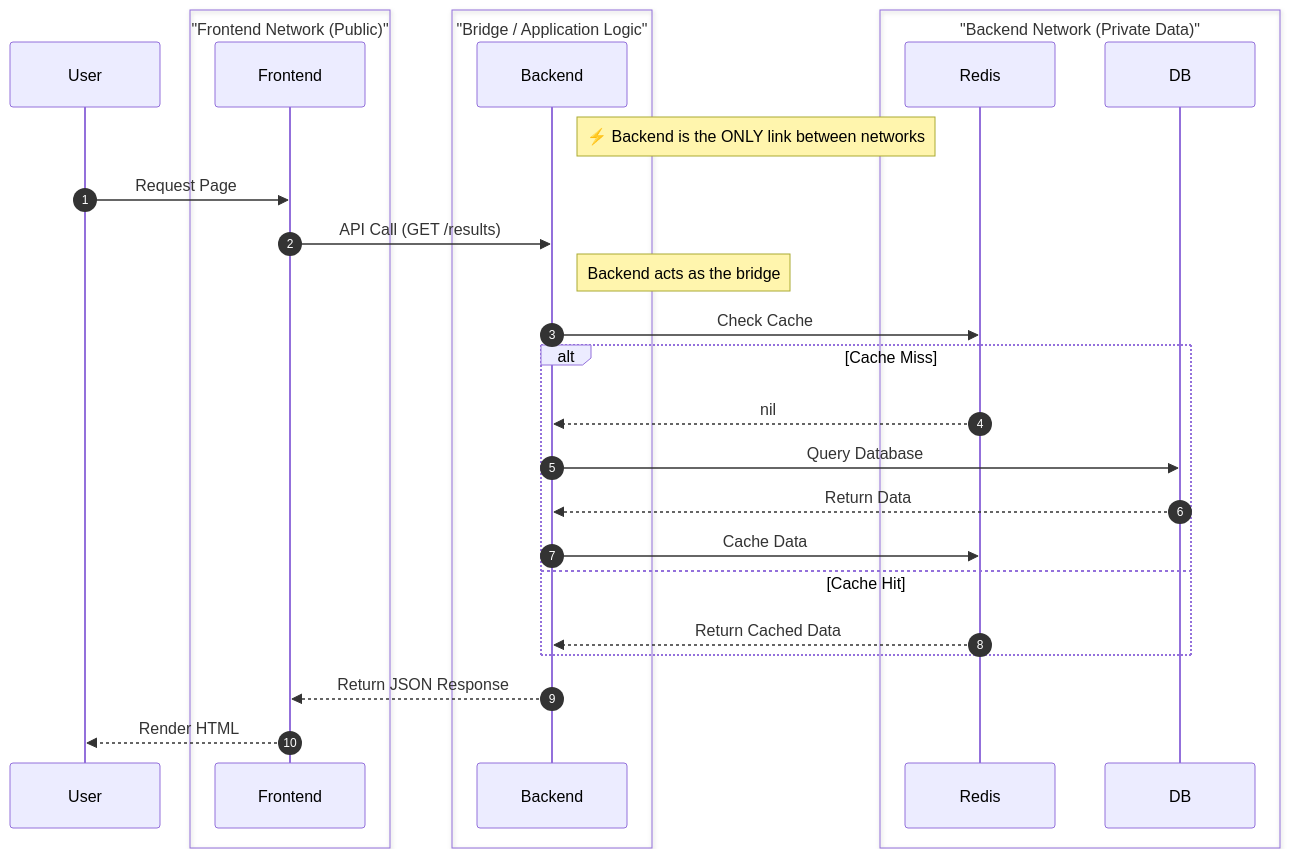
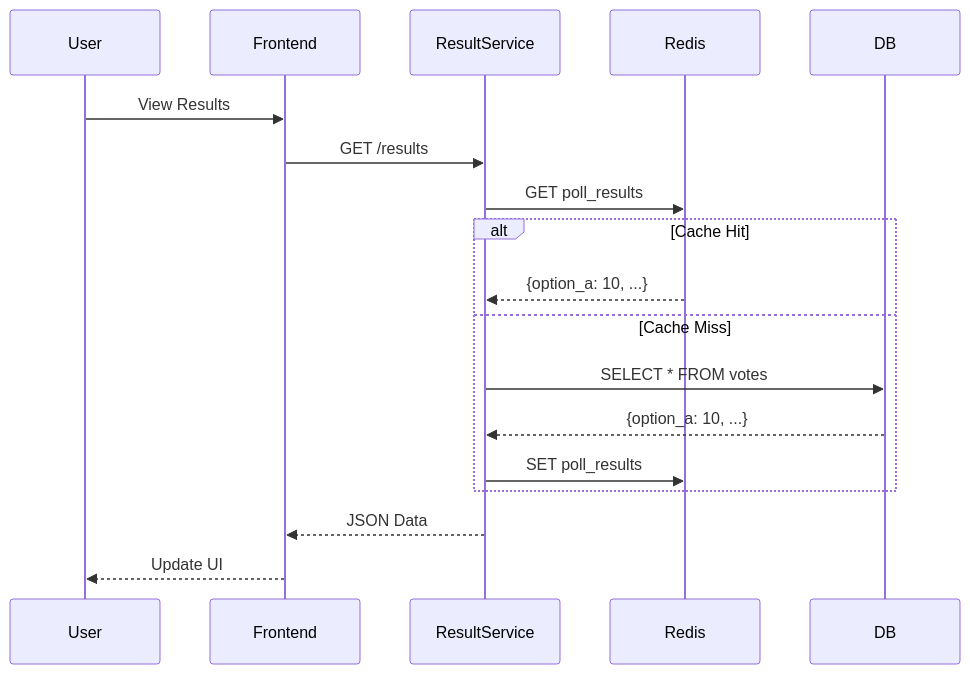
The second of 5 diagrams in docker-polling-app/README.md (NkwaTambe/my-wiki), drawn with Mermaid before and after one commit. The commit also changed other lines of this file and 21 other files, not shown here.

````diff
--- a/docker-polling-app/README.md
+++ b/docker-polling-app/README.md
@@ -336,38 +46,21 @@
 ```mermaid
 sequenceDiagram
-    autonumber
     participant User
-    
-    box "Frontend Network (Public)" #e1f5fe
-        participant Frontend
+    participant Frontend
+    participant ResultService
+    participant Redis
+    participant DB
+
+    User->>Frontend: View Results
+    Frontend->>ResultService: GET /results
+    ResultService->>Redis: GET poll_results
+    alt Cache Hit
+        Redis-->>ResultService: {option_a: 10, ...}
+    else Cache Miss
+        ResultService->>DB: SELECT * FROM votes
+        DB-->>ResultService: {option_a: 10, ...}
+        ResultService->>Redis: SET poll_results
     end
-    
-    box "Bridge / Application Logic" #fff9c4
-        participant Backend
-    end
-    
-    Note right of Backend: ⚡ Backend is the ONLY link between networks
-    
-    box "Backend Network (Private Data)" #ffe0b2
-        participant Redis
-        participant DB
-    end
-
-    User->>Frontend: Request Page
-    Frontend->>Backend: API Call (GET /results)
-    
-    Note right of Backend: Backend acts as the bridge
-    Backend->>Redis: Check Cache
-    
-    alt Cache Miss
-        Redis-->>Backend: nil
-        Backend->>DB: Query Database
-        DB-->>Backend: Return Data
-        Backend->>Redis: Cache Data
-    else Cache Hit
-        Redis-->>Backend: Return Cached Data
-    end
-    
-    Backend-->>Frontend: Return JSON Response
-    Frontend-->>User: Render HTML
+    ResultService-->>Frontend: JSON Data
+    Frontend-->>User: Update UI
 ```
````
